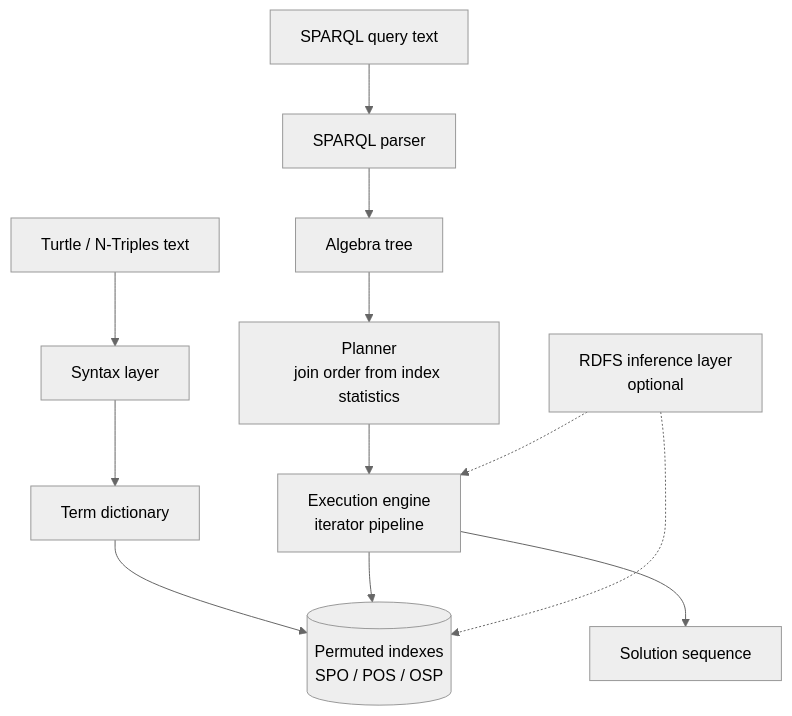
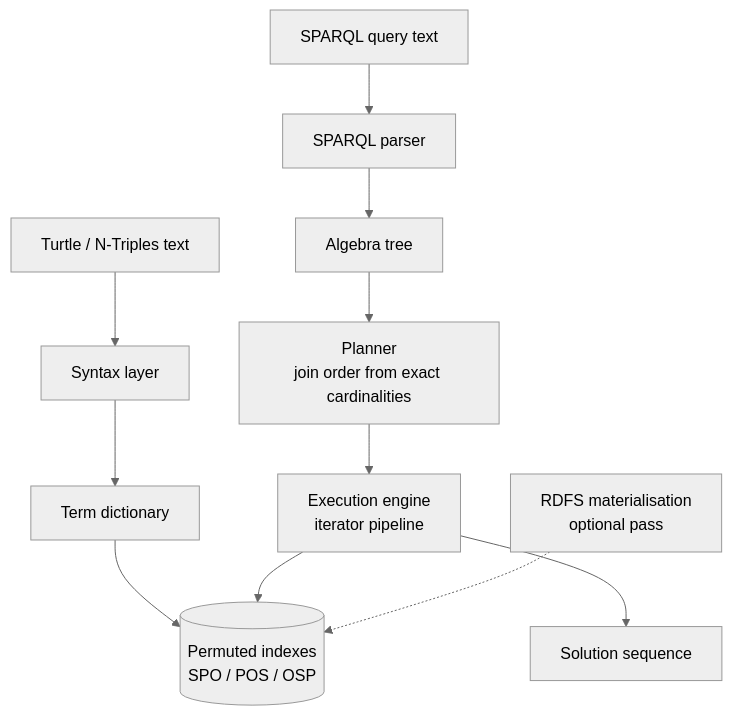
The diagram in README.md (Alex-Tsvetanov/trident), drawn with Mermaid (neutral theme) before and after one commit. The commit also changed other lines of this file and 12 other files, not shown here.

````diff
--- a/README.md
+++ b/README.md
@@ -38,16 +27,15 @@
 ```mermaid
 flowchart TD
     ttl[Turtle / N-Triples text] --> parser[Syntax layer]
     parser --> dict[Term dictionary]
     dict --> idx[(Permuted indexes<br/>SPO / POS / OSP)]
 
     q[SPARQL query text] --> sparql[SPARQL parser]
     sparql --> alg[Algebra tree]
-    alg --> planner[Planner<br/>join order from index statistics]
+    alg --> planner[Planner<br/>join order from exact cardinalities]
     planner --> exec[Execution engine<br/>iterator pipeline]
     exec --> idx
     exec --> res[Solution sequence]
 
-    rdfs[RDFS inference layer<br/>optional] -.-> idx
-    rdfs -.-> exec
+    rdfs[RDFS materialisation<br/>optional pass] -.-> idx
 ```
````
